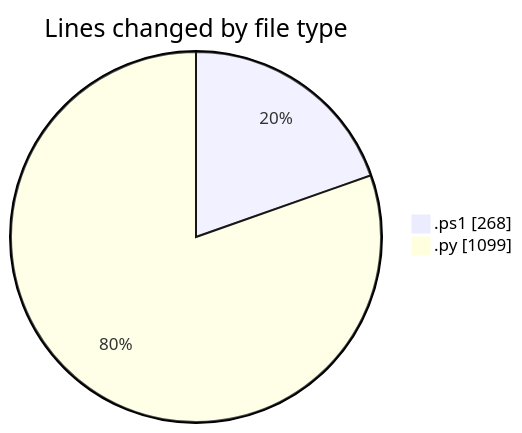
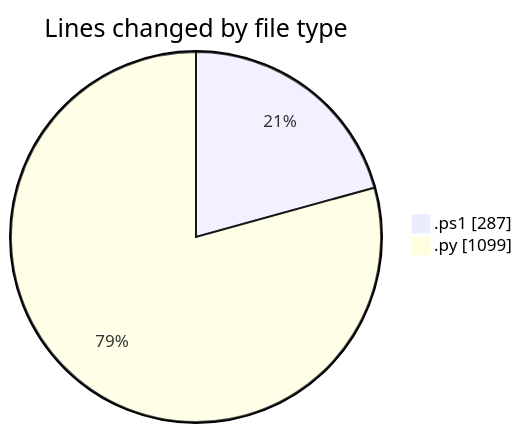
One commit to shibass792/code-tracking changed the first of 2 diagrams in 2026-07-14/shibass-ai/README.md. Above: the diagram before and after it, drawn with Mermaid. The commit also changed other lines of this file and 1 other file, not shown here.

````diff
--- a/2026-07-14/shibass-ai/README.md
+++ b/2026-07-14/shibass-ai/README.md
@@ -22,6 +23,6 @@
 ```mermaid
 pie showData
 title Lines changed by file type
-".ps1" : 268
+".ps1" : 287
 ".py" : 1099
 ```
````
